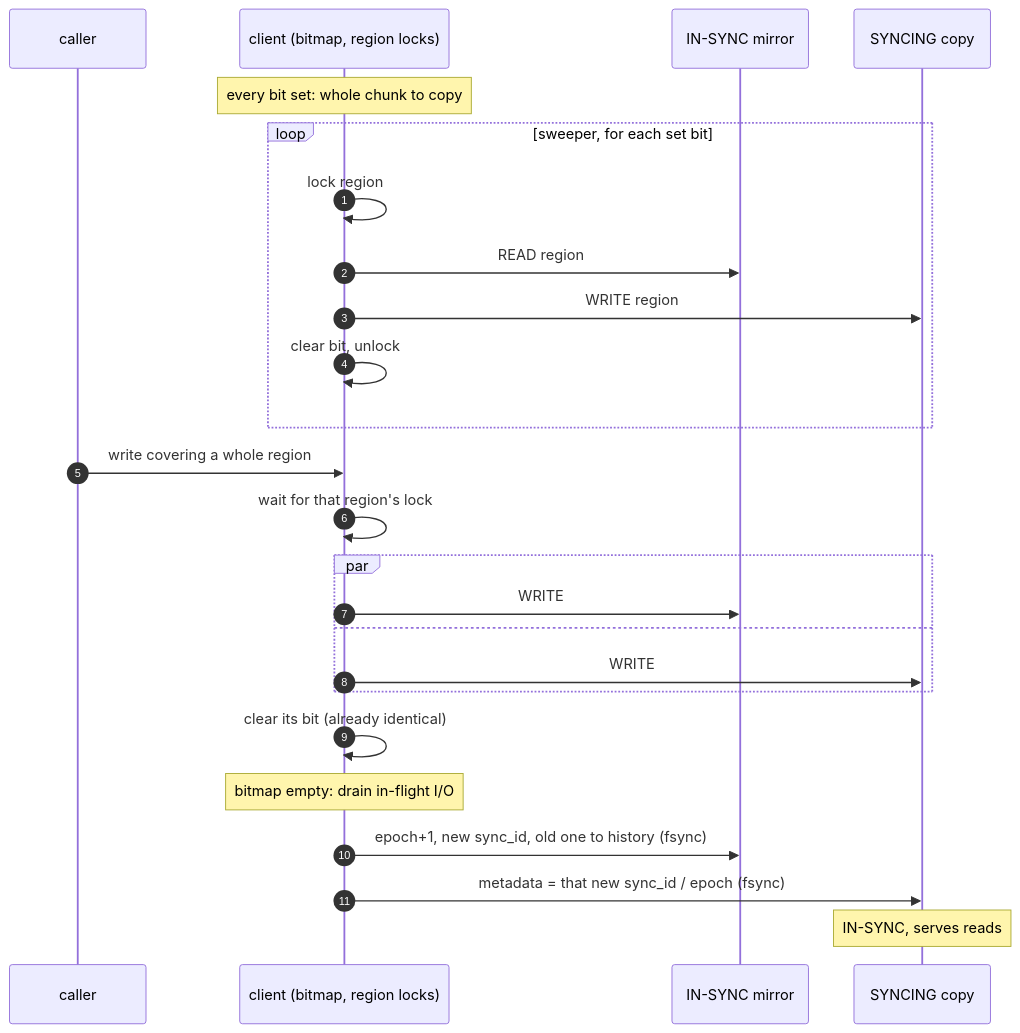
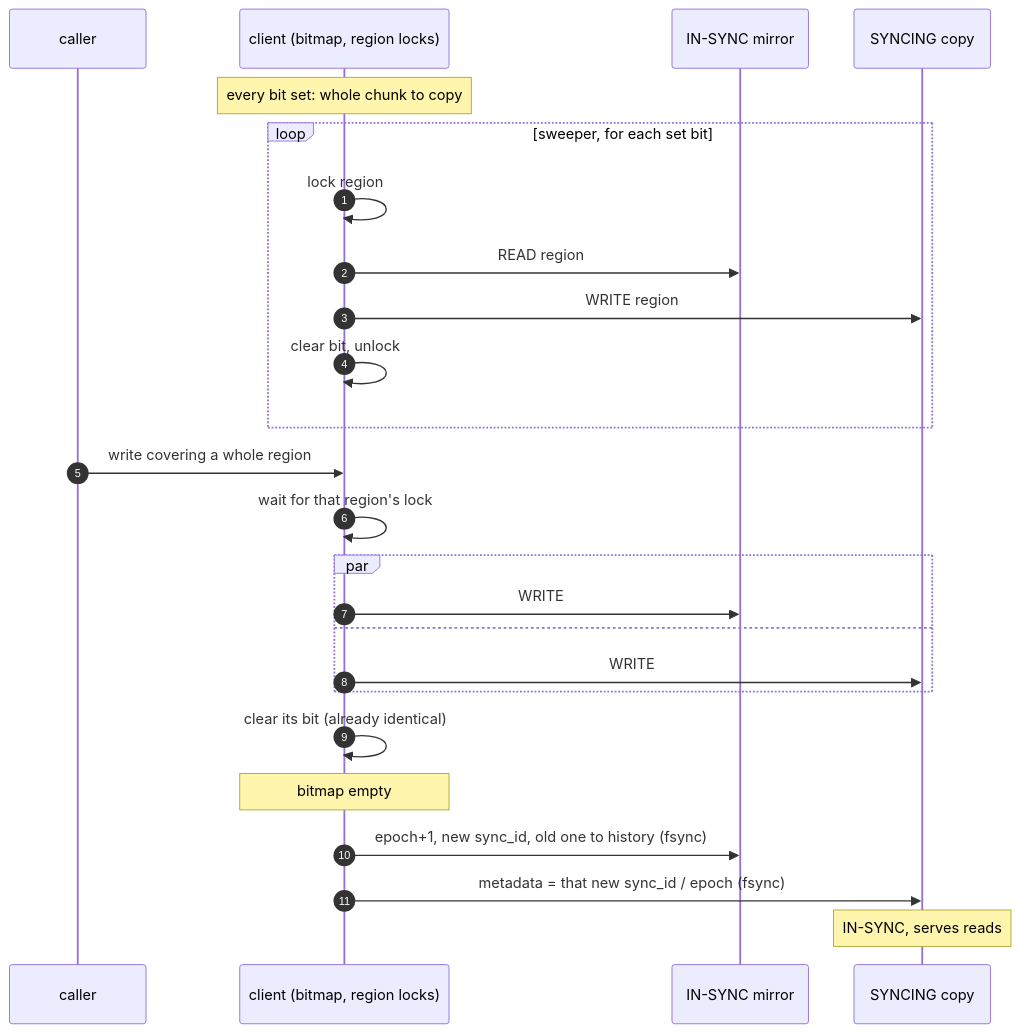
The sixth of 6 diagrams in docs/mirroring.md (rawstor/librawstor), drawn with Mermaid before and after one commit. The commit also changed other lines of this file and 50 other files, not shown here.

````diff
--- a/docs/mirroring.md
+++ b/docs/mirroring.md
@@ -399,27 +435,27 @@
 ```mermaid
 sequenceDiagram
     autonumber
     participant App as caller
     participant C as client (bitmap, region locks)
     participant Src as IN-SYNC mirror
     participant Dst as SYNCING copy
     Note over C: every bit set: whole chunk to copy
     loop sweeper, for each set bit
         C->>C: lock region
         C->>Src: READ region
         C->>Dst: WRITE region
         C->>C: clear bit, unlock
     end
     App->>C: write covering a whole region
     C->>C: wait for that region's lock
     par
         C->>Src: WRITE
     and
         C->>Dst: WRITE
     end
     C->>C: clear its bit (already identical)
-    Note over C: bitmap empty: drain in-flight I/O
+    Note over C: bitmap empty
     C->>Src: epoch+1, new sync_id, old one to history (fsync)
     C->>Dst: metadata = that new sync_id / epoch (fsync)
     Note over Dst: IN-SYNC, serves reads
 ```
````
